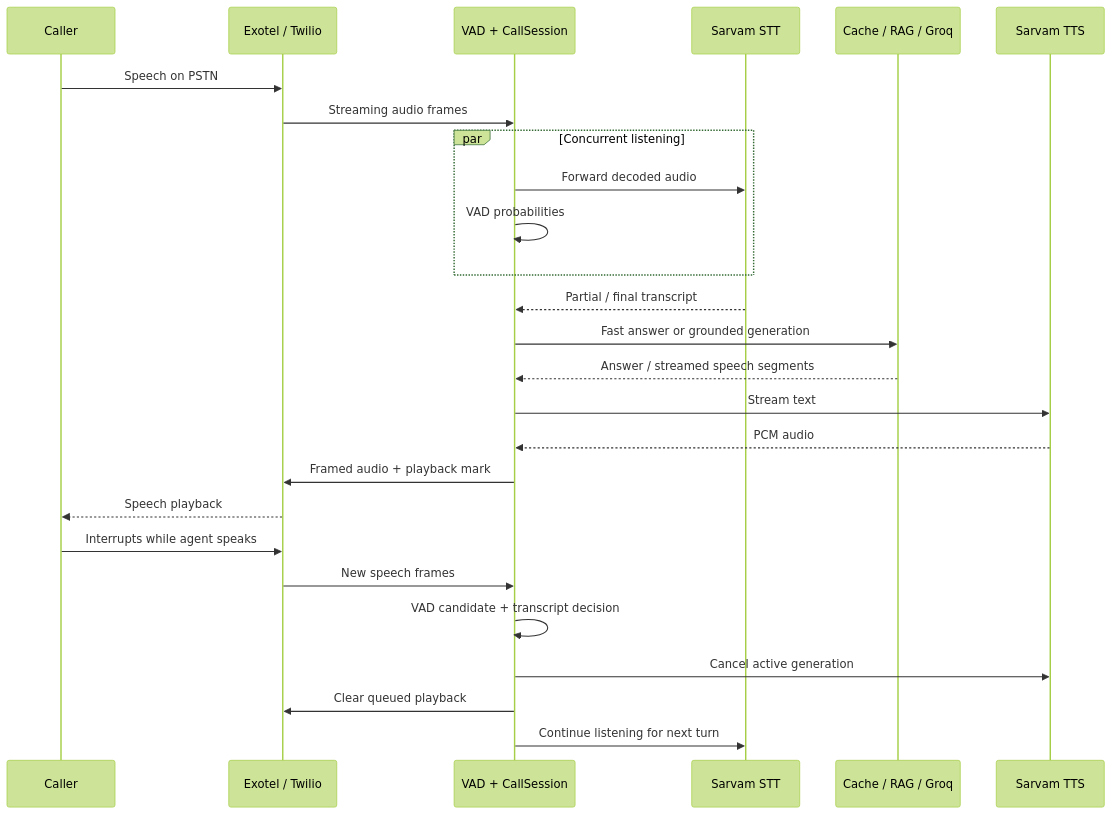
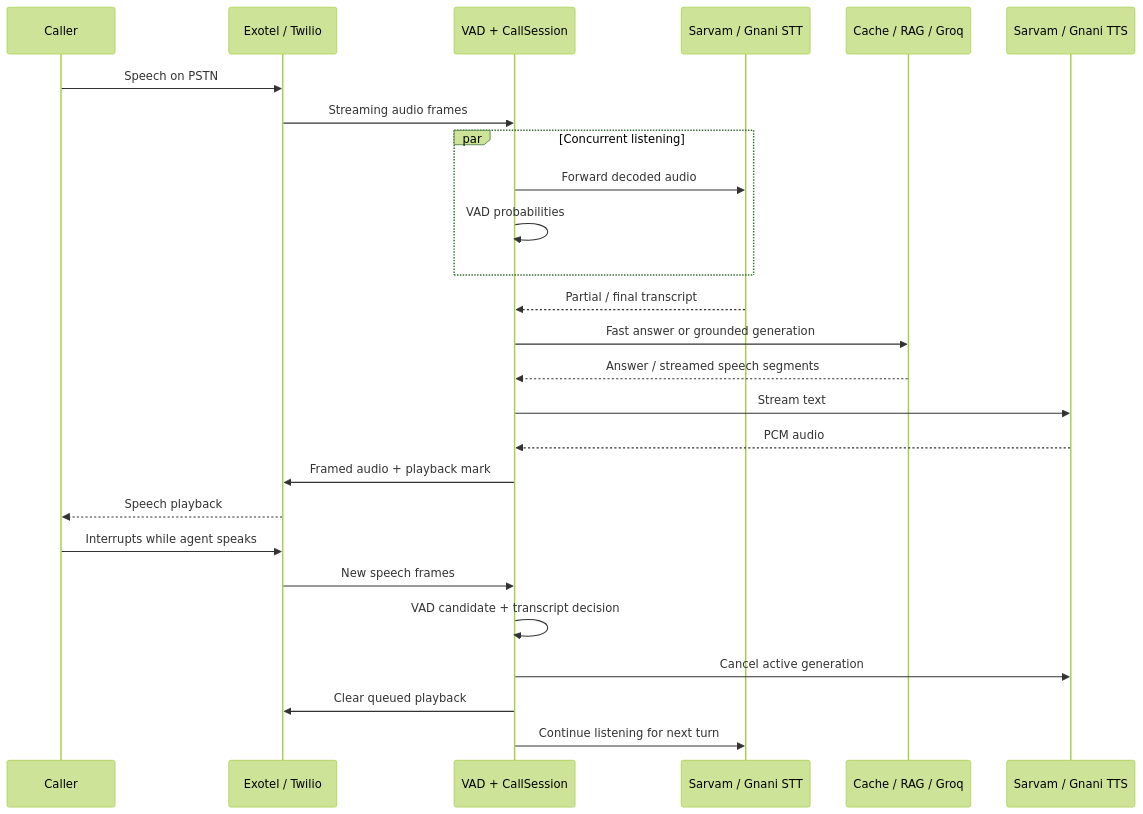
The second of 2 diagrams in README.md (KevinGeorge100/OMNIVOICE), drawn with Mermaid (forest theme) before and after one commit. The commit also changed other lines of this file and 11 other files, not shown here.

````diff
--- a/README.md
+++ b/README.md
@@ -82,28 +84,28 @@
 ```mermaid
 sequenceDiagram
     participant Caller
     participant Carrier as Exotel / Twilio
     participant Engine as VAD + CallSession
-    participant STT as Sarvam STT
+    participant STT as Sarvam / Gnani STT
     participant Think as Cache / RAG / Groq
-    participant TTS as Sarvam TTS
+    participant TTS as Sarvam / Gnani TTS
     Caller->>Carrier: Speech on PSTN
     Carrier->>Engine: Streaming audio frames
     par Concurrent listening
         Engine->>STT: Forward decoded audio
         Engine->>Engine: VAD probabilities
     end
     STT-->>Engine: Partial / final transcript
     Engine->>Think: Fast answer or grounded generation
     Think-->>Engine: Answer / streamed speech segments
     Engine->>TTS: Stream text
     TTS-->>Engine: PCM audio
     Engine->>Carrier: Framed audio + playback mark
     Carrier-->>Caller: Speech playback
     Caller->>Carrier: Interrupts while agent speaks
     Carrier->>Engine: New speech frames
     Engine->>Engine: VAD candidate + transcript decision
     Engine->>TTS: Cancel active generation
     Engine->>Carrier: Clear queued playback
     Engine->>STT: Continue listening for next turn
 ```
````
